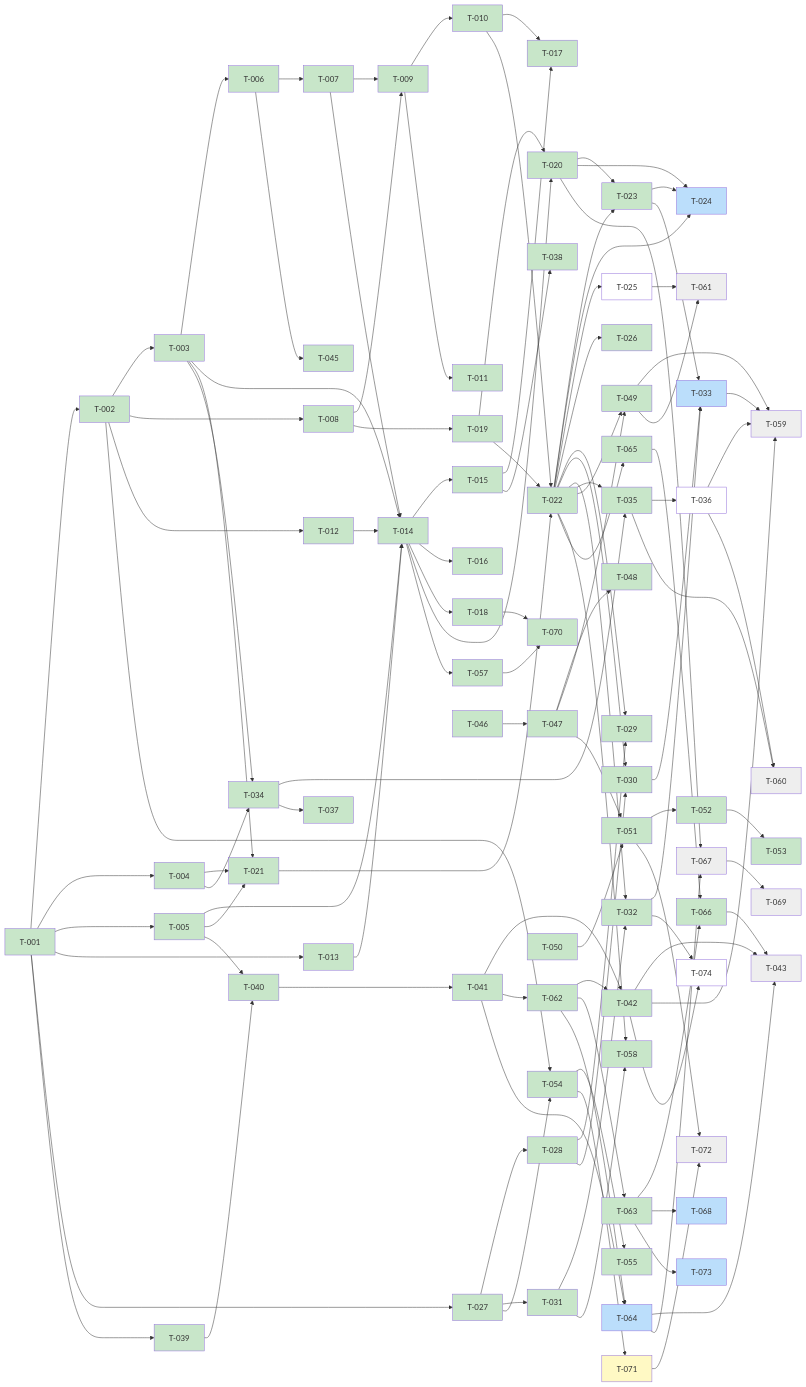
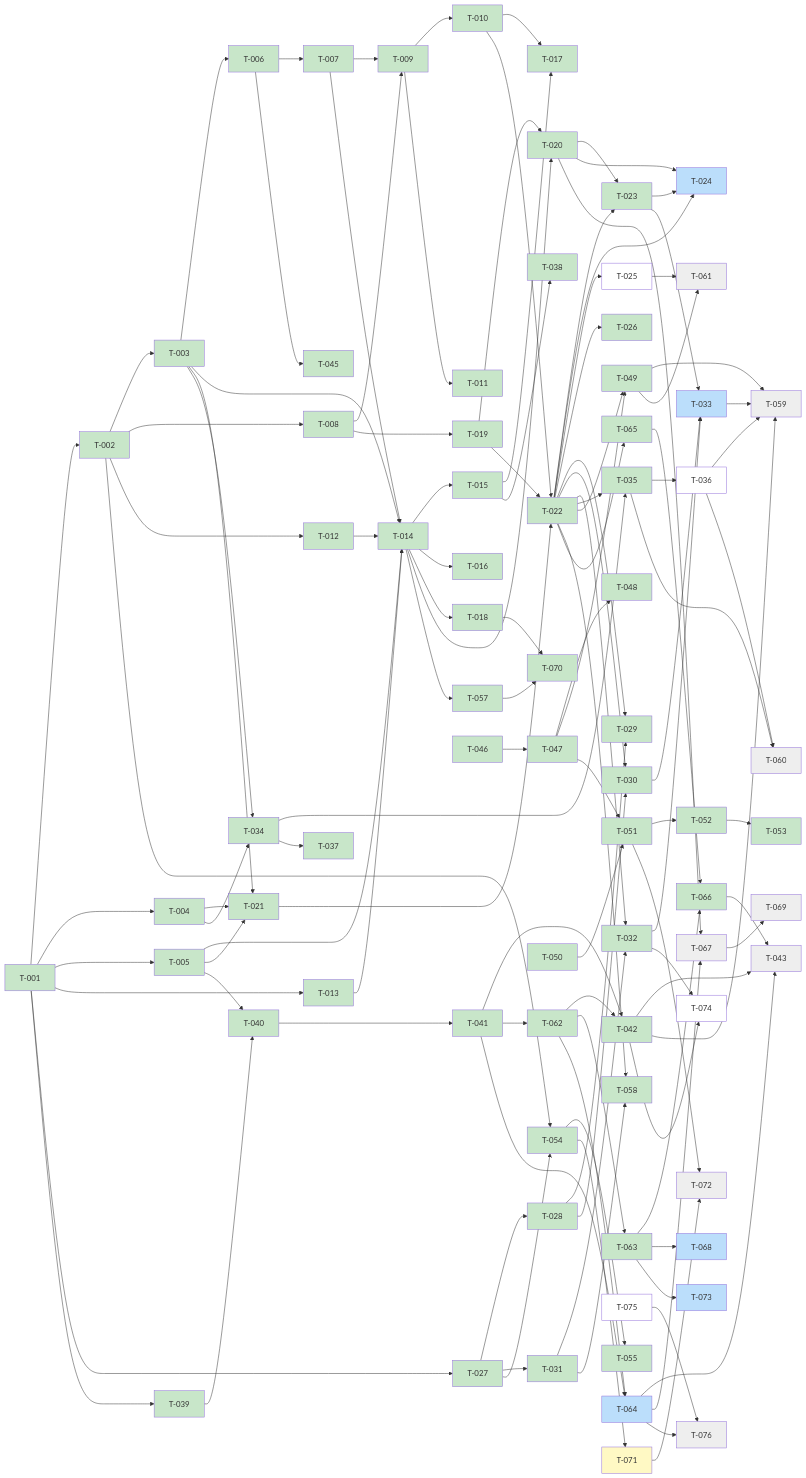
The diagram in kanban/BOARD.md (scholtz/biatec-chat), drawn with Mermaid before and after one commit. The commit also changed other lines of this file and 5 other files, not shown here.

````diff
--- a/kanban/BOARD.md
+++ b/kanban/BOARD.md
@@ -219,6 +221,8 @@
   T063[T-063] --> T073[T-073]
   T032[T-032] --> T074[T-074]
   T042[T-042] --> T074[T-074]
+  T064[T-064] --> T076[T-076]
+  T075[T-075] --> T076[T-076]
   classDef done fill:#c8e6c9
   classDef review fill:#fff9c4
   classDef inprogress fill:#bbdefb
@@ -227,6 +231,6 @@
   class T001,T002,T003,T004,T005,T006,T007,T008,T009,T010,T011,T012,T013,T014,T015,T016,T017,T018,T019,T020,T021,T022,T023,T026,T027,T028,T029,T030,T031,T032,T034,T035,T037,T038,T039,T040,T041,T042,T044,T045,T046,T047,T048,T049,T050,T051,T052,T053,T054,T055,T056,T057,T058,T062,T063,T065,T066,T070 done
   class T071 review
   class T024,T033,T064,T068,T073 inprogress
-  class T036,T025,T074 backlog
-  class T059,T043,T072,T060,T061,T067,T069 blocked
+  class T036,T025,T074,T075 backlog
+  class T059,T076,T043,T072,T060,T061,T067,T069 blocked
 ```
````
